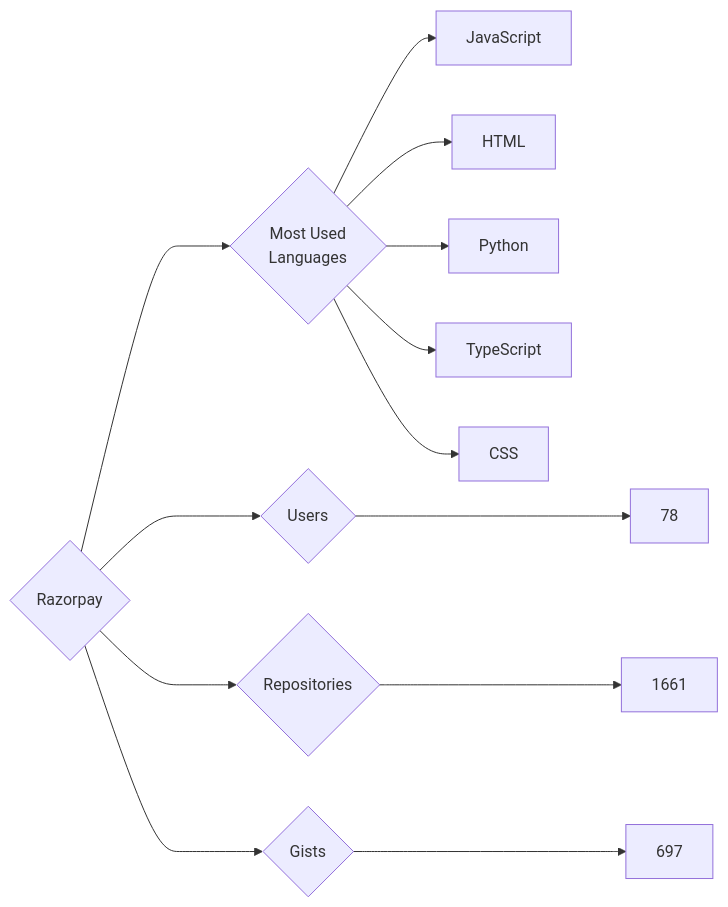
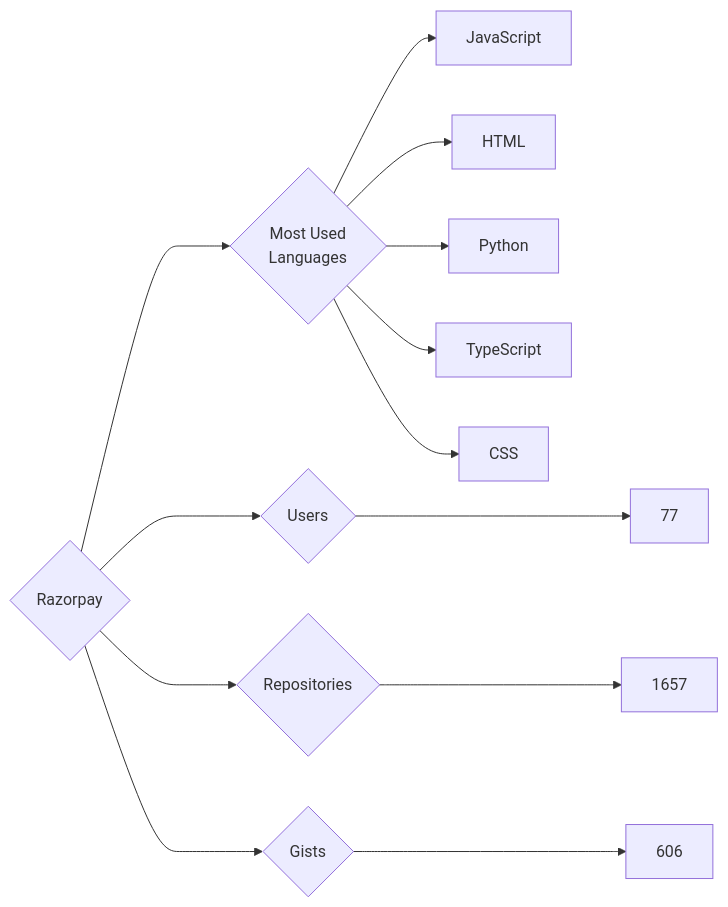
The diagram in targets/Razorpay/README.md (trickest/insiders), drawn with Mermaid before and after one commit. The commit also changed 964 other files, not shown here.

````diff
--- a/targets/Razorpay/README.md
+++ b/targets/Razorpay/README.md
@@ -3,13 +3,13 @@
 ```mermaid
 graph LR
 COMPANY_NAME{Razorpay}
-COMPANY_NAME ---> U{Users} ---> UN[78]
-COMPANY_NAME ---> R{Repositories} ---> RN[1661]
-COMPANY_NAME ---> G{Gists} ---> GN[697]
+COMPANY_NAME ---> U{Users} ---> UN[77]
+COMPANY_NAME ---> R{Repositories} ---> RN[1657]
+COMPANY_NAME ---> G{Gists} ---> GN[606]
 COMPANY_NAME ---> ML{Most Used<br>Languages}
 ML --> JavaScript[JavaScript]
 ML --> HTML[HTML]
 ML --> Python[Python]
 ML --> TypeScript[TypeScript]
 ML --> CSS[CSS]
 ```
````
